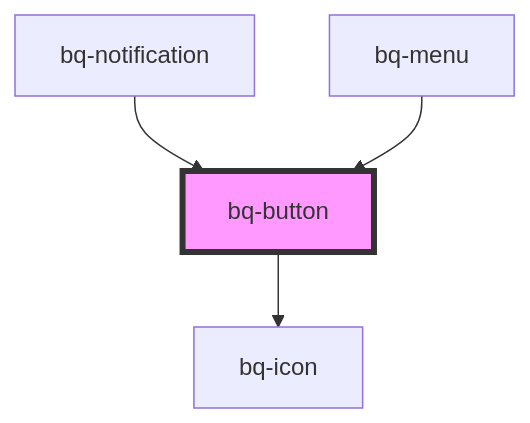
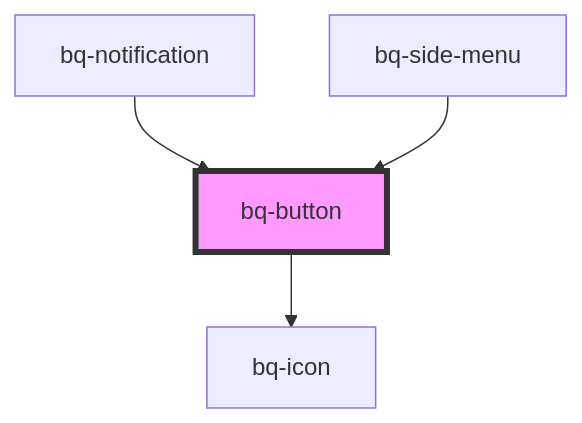
The diagram in packages/bee-q/src/components/button/readme.md (Endava/BEEQ), drawn with Mermaid before and after one commit. The commit also changed other lines of this file and 16 other files, not shown here.

Commit message:
refactor(side-menu): change name to 'bq-side-menu' and 'bq-side-menu-item';

````diff
--- a/packages/bee-q/src/components/button/readme.md
+++ b/packages/bee-q/src/components/button/readme.md
@@ -56,7 +56,7 @@
 ```mermaid
 graph TD;
   bq-button --> bq-icon
   bq-notification --> bq-button
-  bq-menu --> bq-button
+  bq-side-menu --> bq-button
   style bq-button fill:#f9f,stroke:#333,stroke-width:4px
 ```
````
